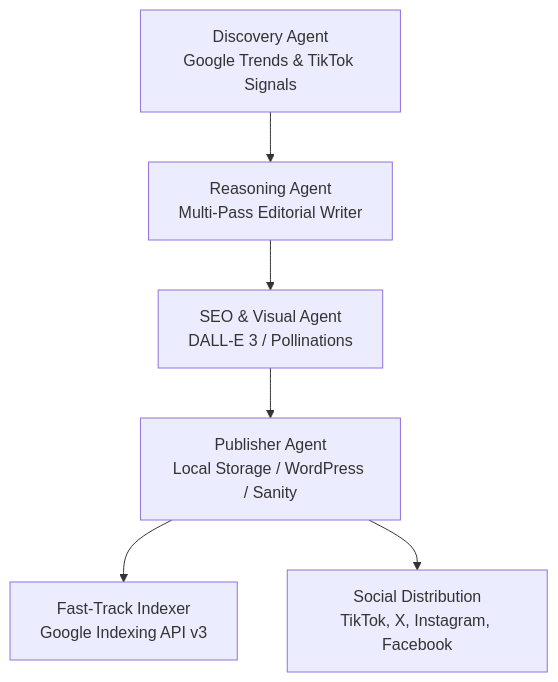
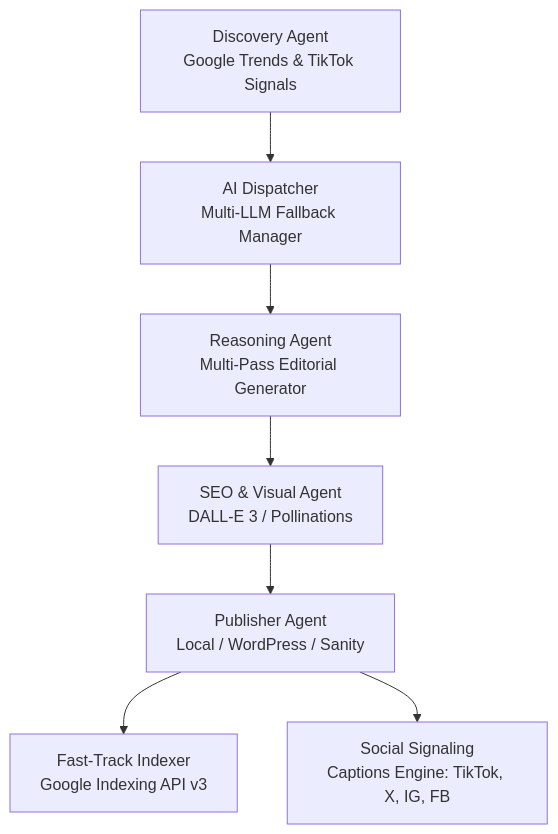
The diagram in README.md (Amrsono/Niche-Content-Engine), drawn with Mermaid before and after one commit. The commit also changed other lines of this file and 2 other files, not shown here.

````diff
--- a/README.md
+++ b/README.md
@@ -17,8 +18,9 @@
 ```mermaid
 graph TD
-    A[Discovery Agent\nGoogle Trends & TikTok Signals] --> B[Reasoning Agent\nMulti-Pass Editorial Writer]
-    B --> C[SEO & Visual Agent\nDALL-E 3 / Pollinations]
-    C --> D[Publisher Agent\nLocal Storage / WordPress / Sanity]
-    D --> E[Fast-Track Indexer\nGoogle Indexing API v3]
-    D --> F[Social Distribution\nTikTok, X, Instagram, Facebook]
+    A[Discovery Agent\nGoogle Trends & TikTok Signals] --> B[AI Dispatcher\nMulti-LLM Fallback Manager]
+    B --> C[Reasoning Agent\nMulti-Pass Editorial Generator]
+    C --> D[SEO & Visual Agent\nDALL-E 3 / Pollinations]
+    D --> E[Publisher Agent\nLocal / WordPress / Sanity]
+    E --> F[Fast-Track Indexer\nGoogle Indexing API v3]
+    E --> G[Social Signaling\nCaptions Engine: TikTok, X, IG, FB]
 ```
````
